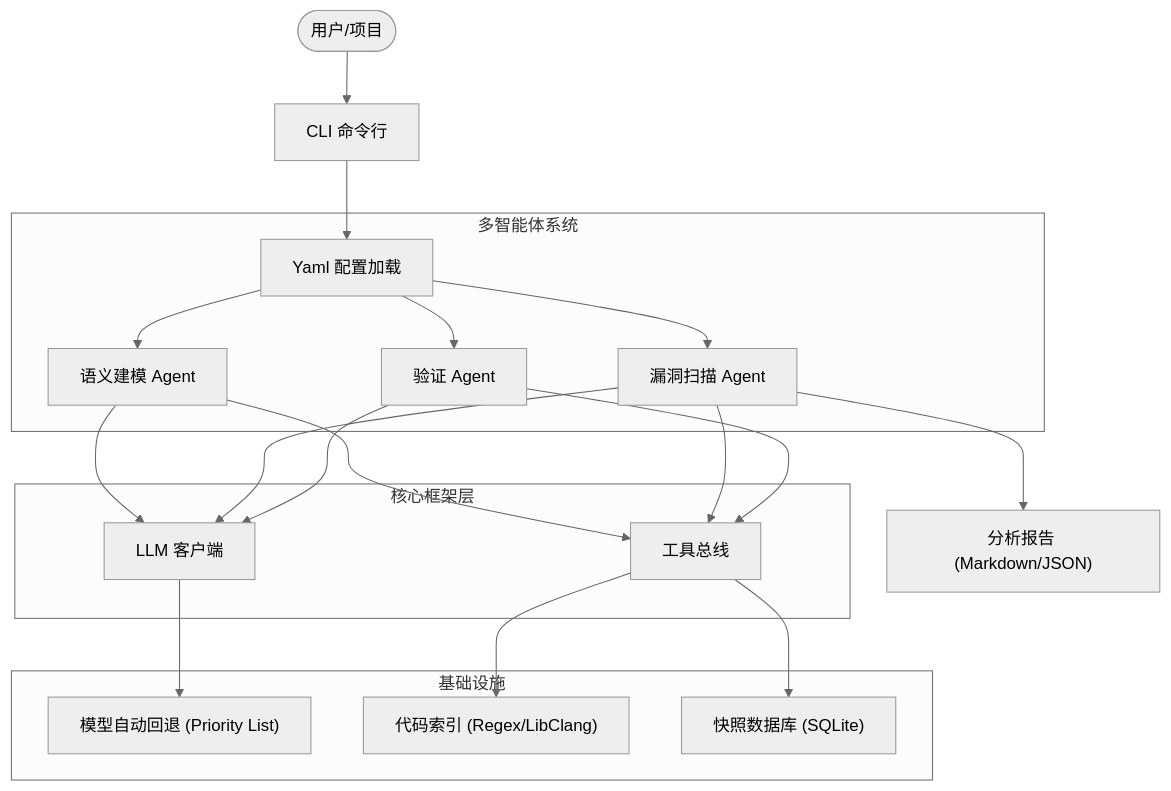
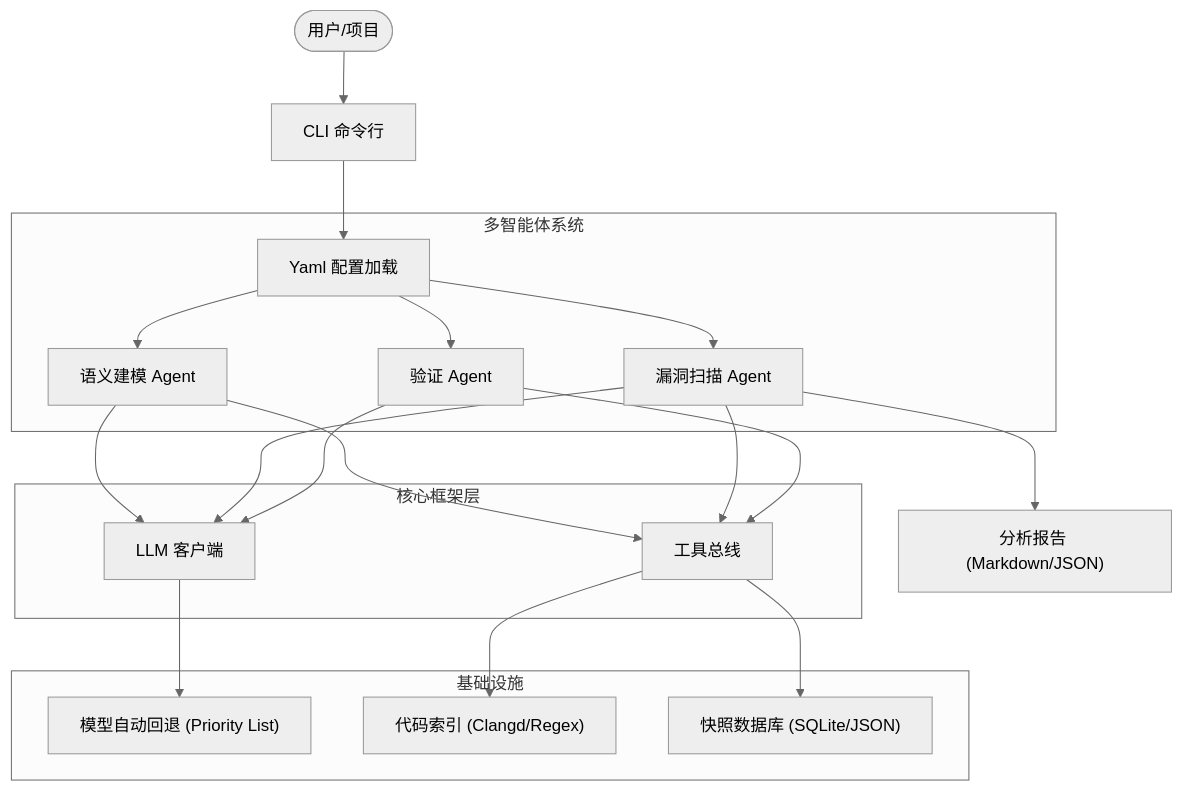
The diagram in zscope/README.md (zealousness/Z-Scope), drawn with Mermaid (neutral theme) before and after one commit. The commit also changed other lines of this file, not shown here.

Commit message:
docs: update README with v0.1.2 features and clangd fixes

````diff
--- a/zscope/README.md
+++ b/zscope/README.md
@@ -19,28 +19,28 @@
 ```mermaid
 graph TD
     User([用户/项目]) --> CLI[CLI 命令行]
     CLI --> Config[Yaml 配置加载]
     
     subgraph Agents [多智能体系统]
         Config --> Modeler[语义建模 Agent]
         Config --> Analyzer[漏洞扫描 Agent]
         Config --> Validator[验证 Agent]
     end
     
     subgraph Framework [核心框架层]
         Modeler --> ToolBus[工具总线]
         Analyzer --> ToolBus
         Validator --> ToolBus
         Modeler --> LLM[LLM 客户端]
         Analyzer --> LLM
         Validator --> LLM
     end
     
     subgraph Infrastructure [基础设施]
         LLM --> Fallback["模型自动回退 (Priority List)"]
-        ToolBus --> CodeIndex["代码索引 (Regex/LibClang)"]
-        ToolBus --> SnapStore["快照数据库 (SQLite)"]
+        ToolBus --> CodeIndex["代码索引 (Clangd/Regex)"]
+        ToolBus --> SnapStore["快照数据库 (SQLite/JSON)"]
     end
     
     Analyzer --> Reports["分析报告 (Markdown/JSON)"]
 ```
````
